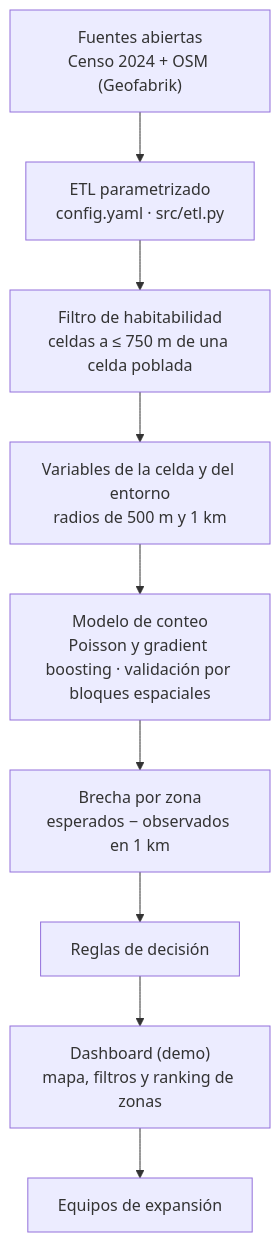
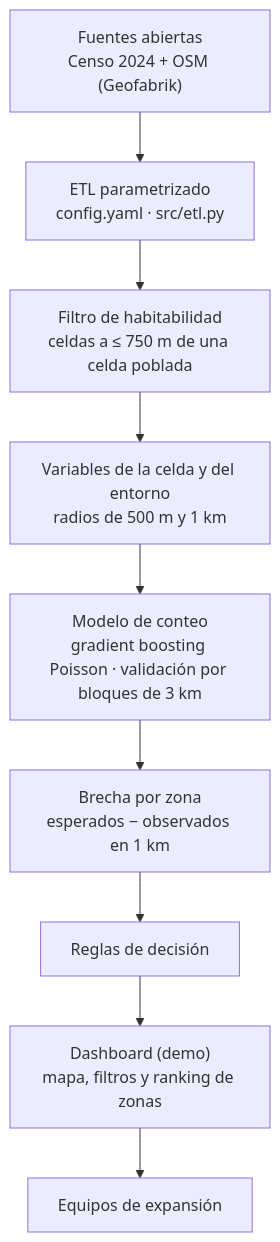
Before and after one commit to MateoJr182/supermarket-location-analytics: the diagram in README.md, drawn with Mermaid. The commit also changed other lines of this file and 24 other files, not shown here.

````diff
--- a/README.md
+++ b/README.md
@@ -96,11 +108,11 @@
 ```mermaid
 flowchart TD
     A["Fuentes abiertas<br/>Censo 2024 + OSM (Geofabrik)"] --> B["ETL parametrizado<br/>config.yaml · src/etl.py"]
     B --> C["Filtro de habitabilidad<br/>celdas a ≤ 750 m de una celda poblada"]
     C --> D["Variables de la celda y del entorno<br/>radios de 500 m y 1 km"]
-    D --> E["Modelo de conteo<br/>Poisson y gradient boosting · validación por bloques espaciales"]
+    D --> E["Modelo de conteo<br/>gradient boosting Poisson · validación por bloques de 3 km"]
     E --> F["Brecha por zona<br/>esperados − observados en 1 km"]
     F --> G["Reglas de decisión"]
     G --> H["Dashboard (demo)<br/>mapa, filtros y ranking de zonas"]
     H --> I["Equipos de expansión"]
 ```
````
